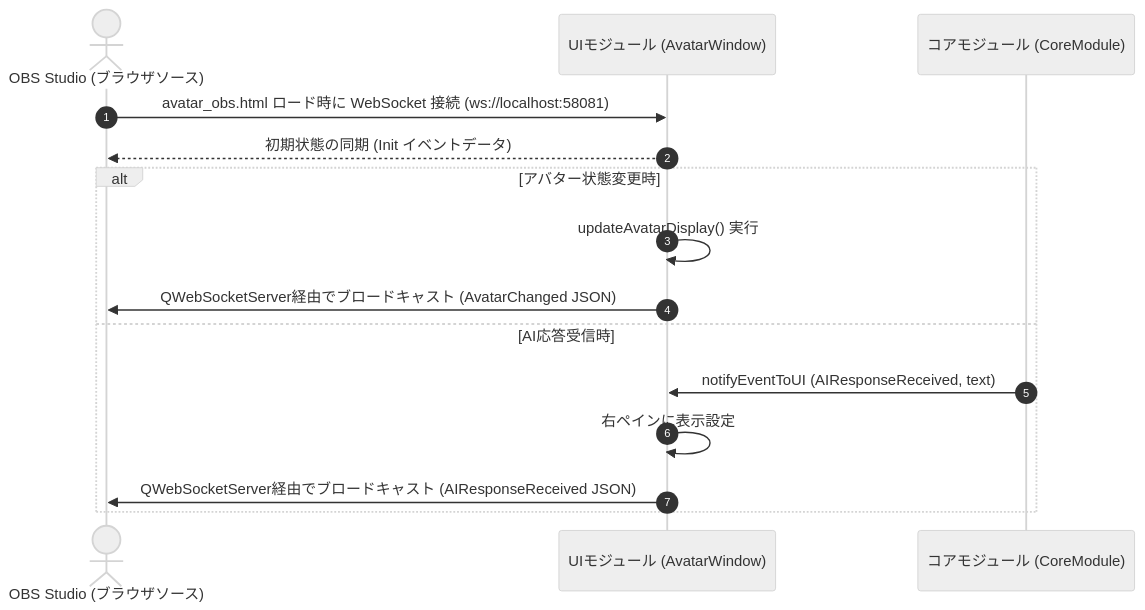
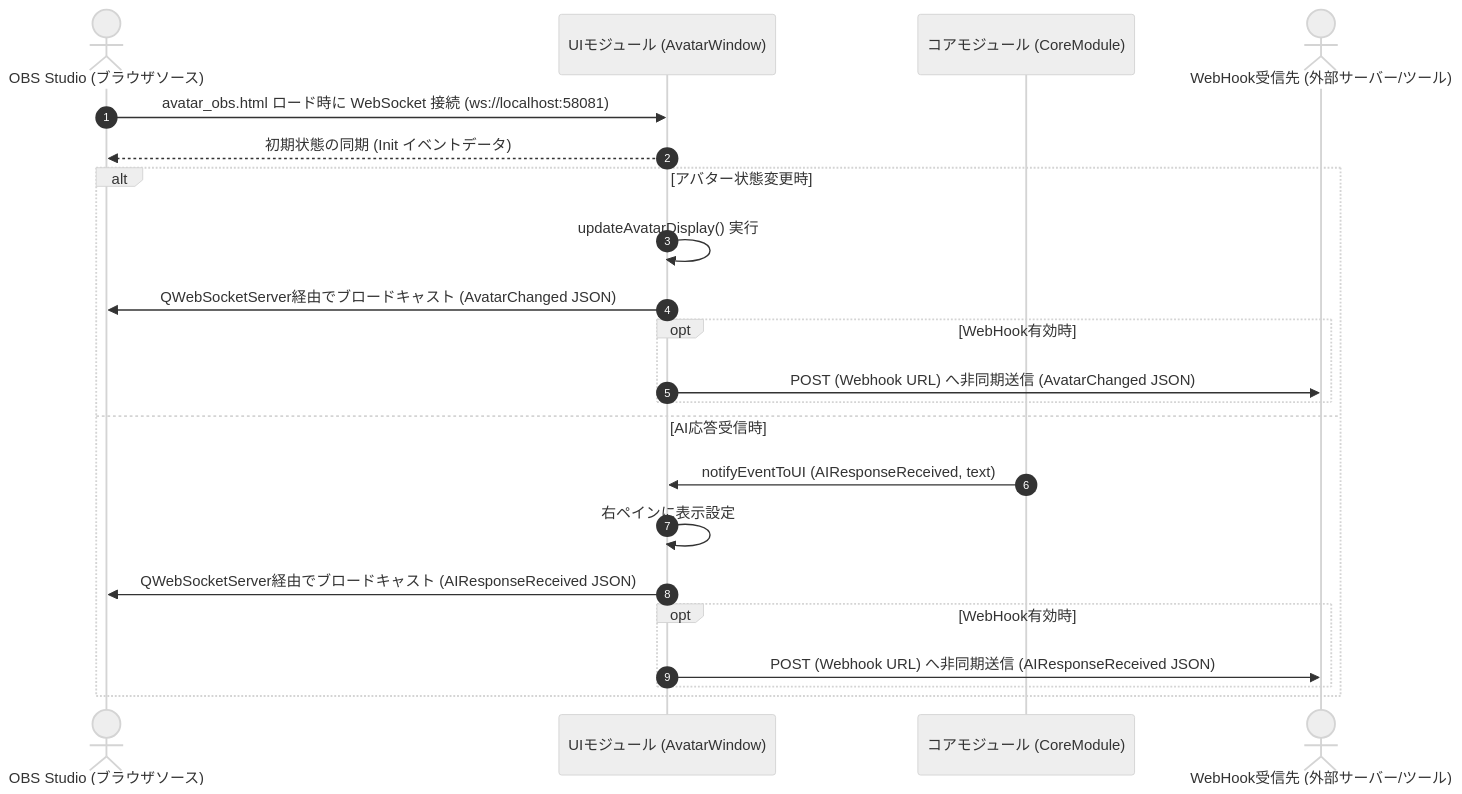
Before and after one commit to BLUE000/AiAssistantAvatar: diagram 12 of 14 in doc/BasicDesign.md, drawn with Mermaid (neutral theme). The commit also changed other lines of this file and 2 other files, not shown here.

Commit message:
doc: Update specifications for Twitch Authorization Code Flow and WebHook integration

````diff
--- a/doc/BasicDesign.md
+++ b/doc/BasicDesign.md
@@ -491,19 +518,26 @@
 ```mermaid
 sequenceDiagram
     autonumber
     actor OBS as OBS Studio (ブラウザソース)
     participant UI as UIモジュール (AvatarWindow)
     participant Core as コアモジュール (CoreModule)
+    actor WH as WebHook受信先 (外部サーバー/ツール)
 
     OBS->>UI: avatar_obs.html ロード時に WebSocket 接続 (ws://localhost:58081)
     UI-->>OBS: 初期状態の同期 (Init イベントデータ)
 
     alt アバター状態変更時
         UI->>UI: updateAvatarDisplay() 実行
         UI->>OBS: QWebSocketServer経由でブロードキャスト (AvatarChanged JSON)
+        opt WebHook有効時
+            UI->>WH: POST (Webhook URL) へ非同期送信 (AvatarChanged JSON)
+        end
     else AI応答受信時
         Core->>UI: notifyEventToUI (AIResponseReceived, text)
         UI->>UI: 右ペインに表示設定
         UI->>OBS: QWebSocketServer経由でブロードキャスト (AIResponseReceived JSON)
+        opt WebHook有効時
+            UI->>WH: POST (Webhook URL) へ非同期送信 (AIResponseReceived JSON)
+        end
     end
 ```
````
